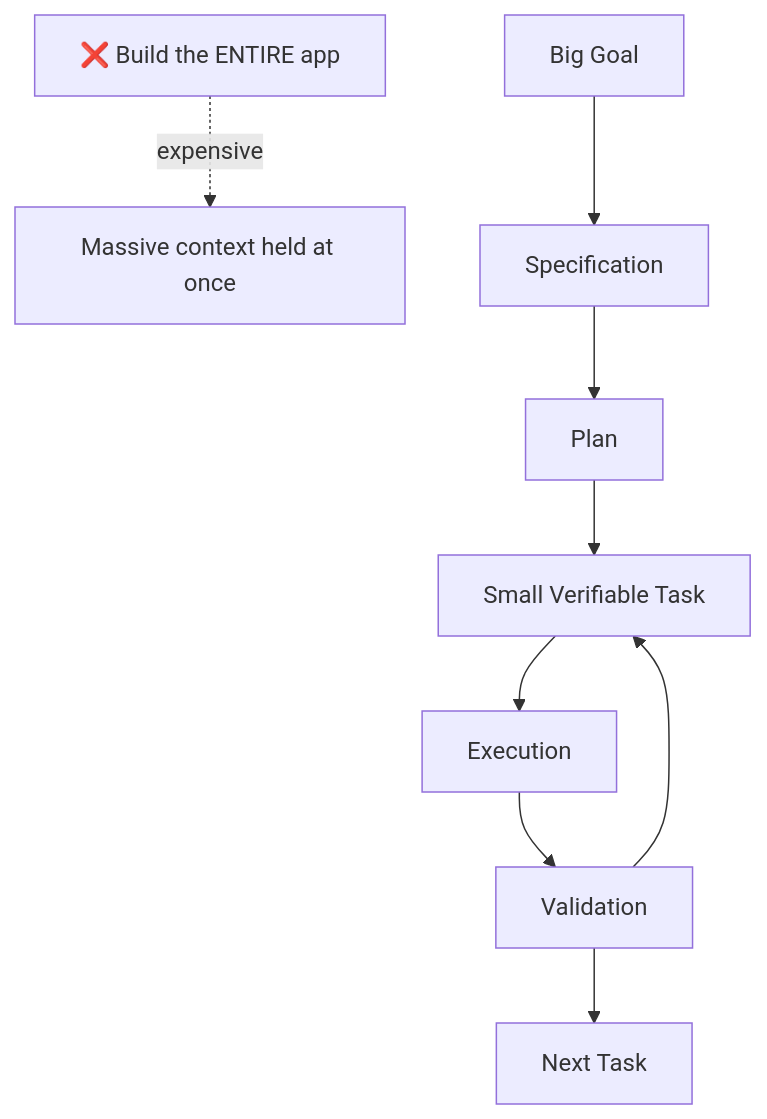
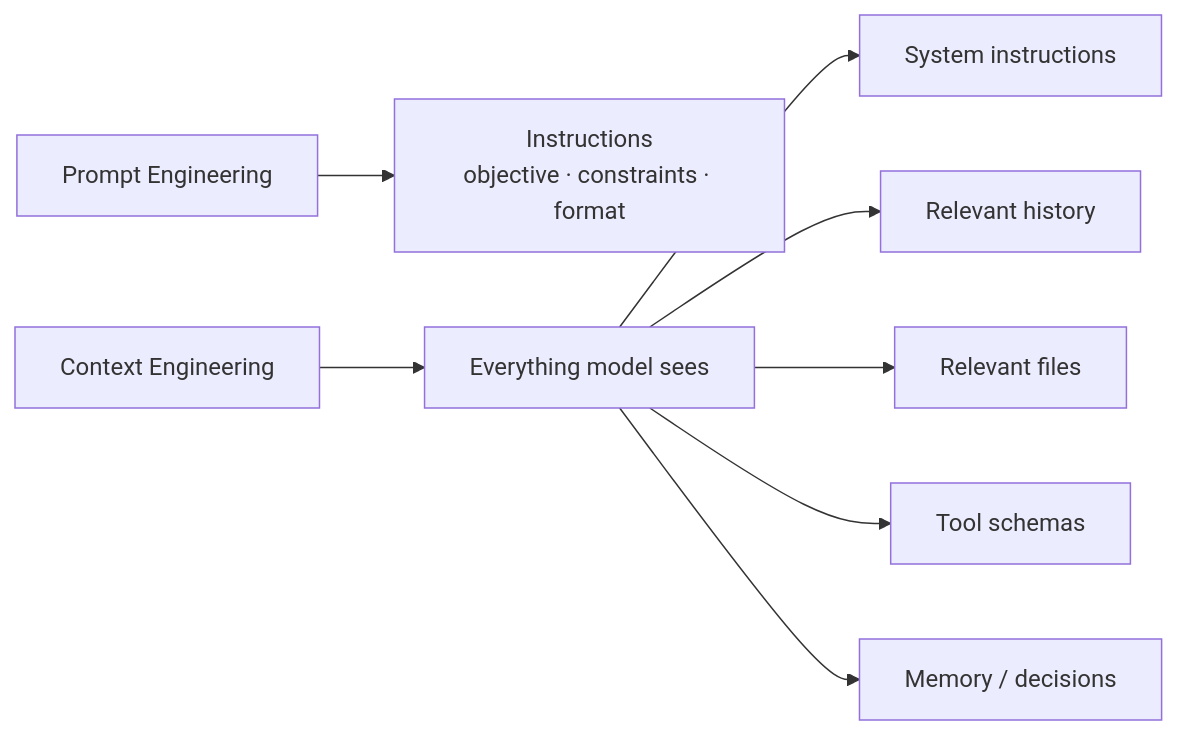
The fourth of 32 diagrams in Ai_optimization_guide.md (ayushman-glb/ai-engineering-playbook), drawn with Mermaid before and after one commit. The commit also changed other lines of this file, not shown here.

````diff
--- a/Ai_optimization_guide.md
+++ b/Ai_optimization_guide.md
@@ -109,11 +310,10 @@
 ```mermaid
-flowchart TD
-    A["❌ Build the ENTIRE app"] -.expensive.-> Z[Massive context held at once]
-    B["Big Goal"] --> C["Specification"]
-    C --> D["Plan"]
-    D --> E["Small Verifiable Task"]
-    E --> F["Execution"]
-    F --> G["Validation"]
-    G --> E
-    G --> H["Next Task"]
+flowchart LR
+    P["Prompt Engineering"] --> PI["Instructions<br/>objective · constraints · format"]
+    C["Context Engineering"] --> CI["Everything model sees"]
+    CI --> S["System instructions"]
+    CI --> H["Relevant history"]
+    CI --> F["Relevant files"]
+    CI --> T["Tool schemas"]
+    CI --> M["Memory / decisions"]
 ```
````
